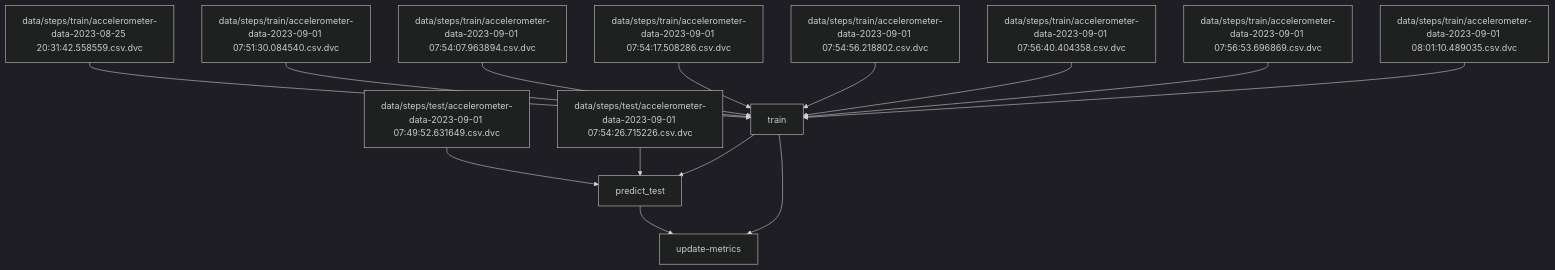
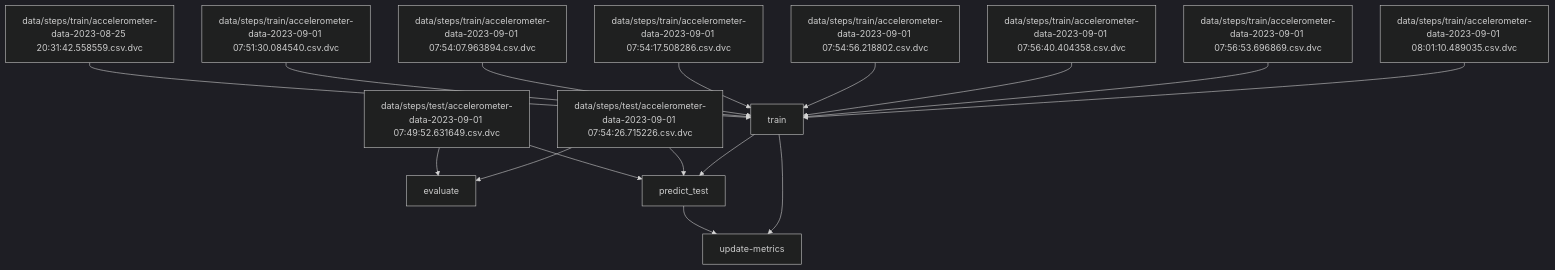
The diagram in README.md (akucia/step-counter), drawn with Mermaid (dark theme) before and after one commit. The commit also changed 7 other files, not shown here.

````diff
--- a/README.md
+++ b/README.md
@@ -14,29 +14,32 @@
 ```mermaid
 flowchart TD
 	node1["data/steps/test/accelerometer-data-2023-09-01 07:49:52.631649.csv.dvc"]
 	node2["data/steps/test/accelerometer-data-2023-09-01 07:54:26.715226.csv.dvc"]
 	node3["data/steps/train/accelerometer-data-2023-08-25 20:31:42.558559.csv.dvc"]
 	node4["data/steps/train/accelerometer-data-2023-09-01 07:51:30.084540.csv.dvc"]
 	node5["data/steps/train/accelerometer-data-2023-09-01 07:54:07.963894.csv.dvc"]
 	node6["data/steps/train/accelerometer-data-2023-09-01 07:54:17.508286.csv.dvc"]
 	node7["data/steps/train/accelerometer-data-2023-09-01 07:54:56.218802.csv.dvc"]
 	node8["data/steps/train/accelerometer-data-2023-09-01 07:56:40.404358.csv.dvc"]
 	node9["data/steps/train/accelerometer-data-2023-09-01 07:56:53.696869.csv.dvc"]
 	node10["data/steps/train/accelerometer-data-2023-09-01 08:01:10.489035.csv.dvc"]
-	node11["predict_test"]
-	node12["train"]
-	node13["update-metrics"]
+	node11["evaluate"]
+	node12["predict_test"]
+	node13["train"]
+	node14["update-metrics"]
 	node1-->node11
+	node1-->node12
 	node2-->node11
-	node3-->node12
-	node4-->node12
-	node5-->node12
-	node6-->node12
-	node7-->node12
-	node8-->node12
-	node9-->node12
-	node10-->node12
-	node11-->node13
-	node12-->node11
-	node12-->node13
+	node2-->node12
+	node3-->node13
+	node4-->node13
+	node5-->node13
+	node6-->node13
+	node7-->node13
+	node8-->node13
+	node9-->node13
+	node10-->node13
+	node12-->node14
+	node13-->node12
+	node13-->node14
 ```
````
